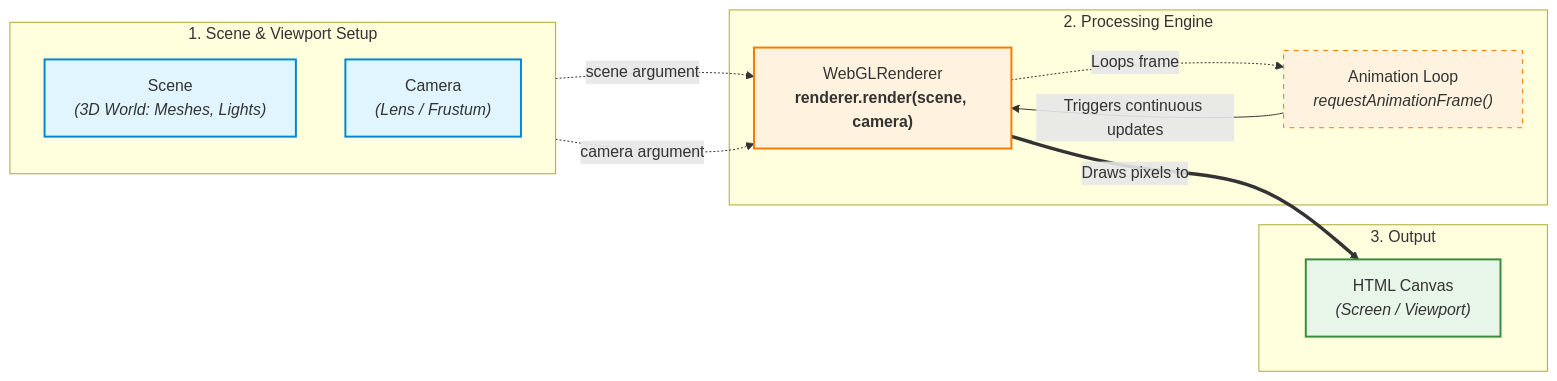
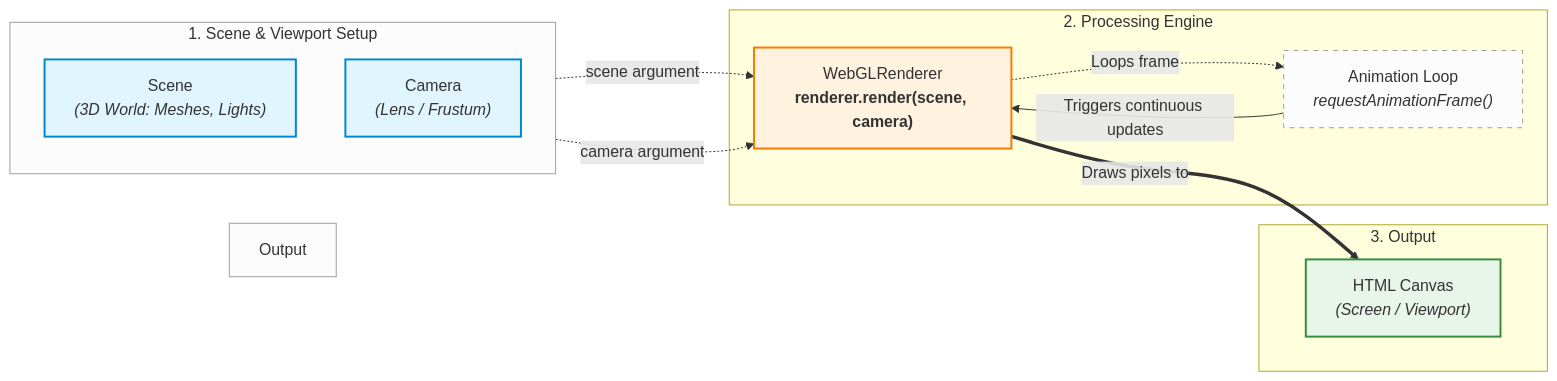
One commit to ManuelVargas1251/three changed the diagram in README.md. Above: the diagram before and after it, drawn with Mermaid. The commit also changed other lines of this file and 1 other file, not shown here.

Commit message:
ux: add drag reveal 🐈🧜‍♀️🗽

````diff
--- a/README.md
+++ b/README.md
@@ -9,34 +9,39 @@
 ```mermaid
 flowchart LR
     subgraph Setup ["1. Scene & Viewport Setup"]
         direction TB
         Scene["Scene<br/><i>(3D World: Meshes, Lights)</i>"]
         Camera["Camera<br/><i>(Lens / Frustum)</i>"]
     end
 
     subgraph Engine ["2. Processing Engine"]
         Renderer["WebGLRenderer<br/><b>renderer.render(scene, camera)</b>"]
         Loop["Animation Loop<br/><i>requestAnimationFrame()</i>"]
     end
 
     subgraph Display ["3. Output"]
         Canvas["HTML Canvas<br/><i>(Screen / Viewport)</i>"]
     end
 
     %% Passive inputs passed as parameters
     Scene -. "scene argument" .-> Renderer
     Camera -. "camera argument" .-> Renderer
 
     %% Render loop feedback
     Loop -->|"Triggers continuous updates"| Renderer
     Renderer -. "Loops frame" .-> Loop
 
     %% Primary execution output
     Renderer ==>|"Draws pixels to"| Canvas
 
     style Scene fill:#e1f5fe,stroke:#0288d1,stroke-width:2px
     style Camera fill:#e1f5fe,stroke:#0288d1,stroke-width:2px
     style Renderer fill:#fff3e0,stroke:#f57c00,stroke-width:2px
     style Loop fill:#fff3e0,stroke:#f57c00,stroke-width:1px,stroke-dasharray: 5 5
     style Canvas fill:#e8f5e9,stroke:#388e3c,stroke-width:2px
+
+    %% Subgraph Styling
+    style Setup fill:#fcfcfc,stroke:#9e9e9e,stroke-width:1px
+    style Loop fill:#fcfcfc,stroke:#9e9e9e,stroke-width:1px
+    style Output fill:#fcfcfc,stroke:#9e9e9e,stroke-width:1px
 ```
````
